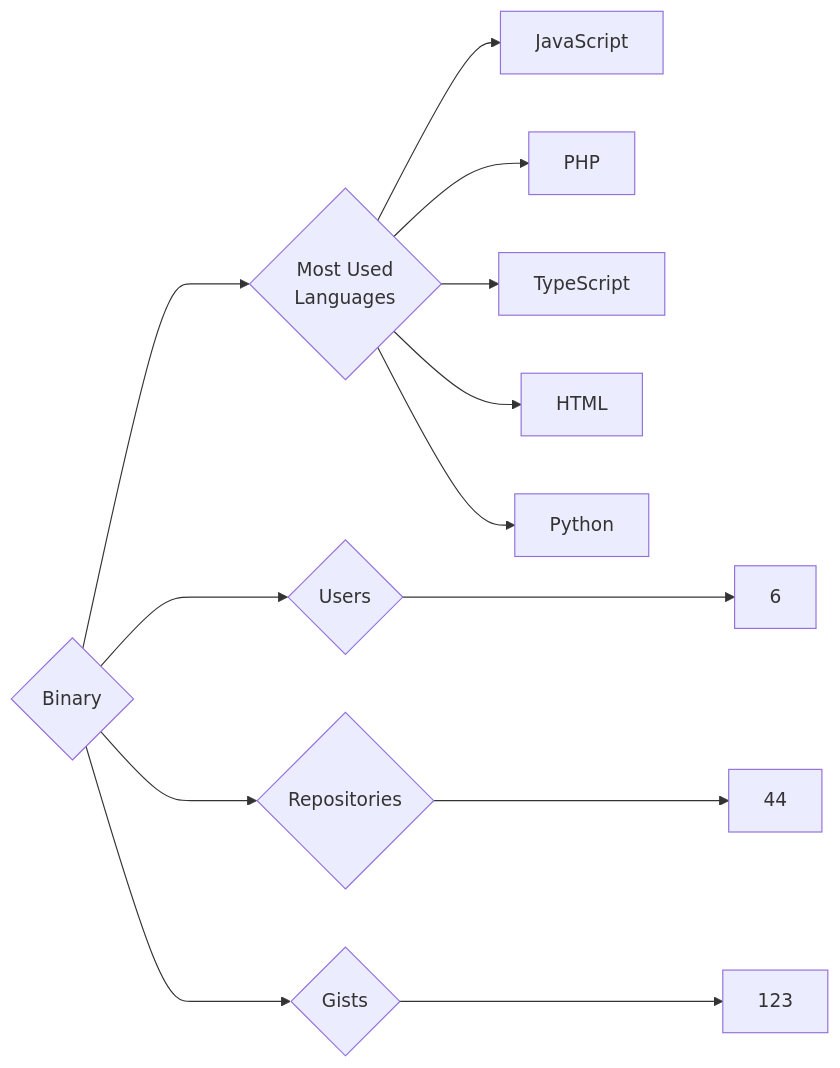
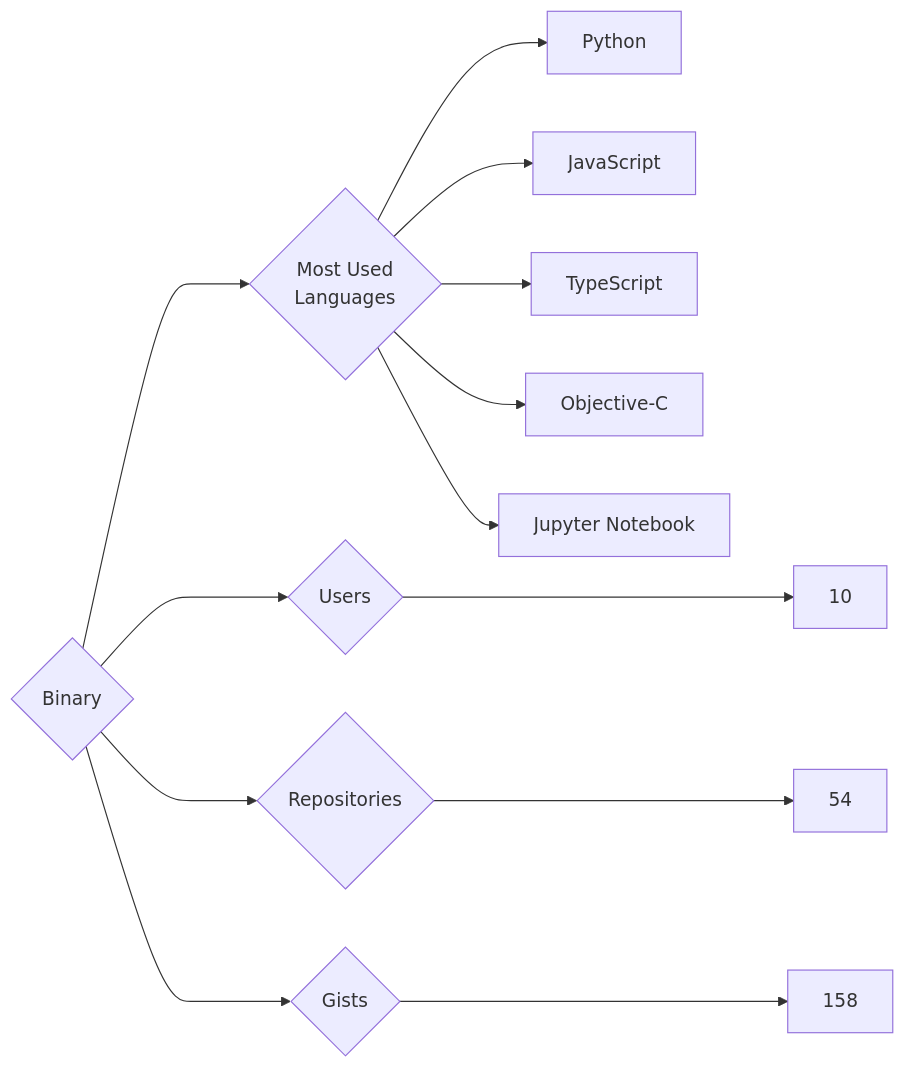
The diagram in targets/Binary/README.md (trickest/insiders), drawn with Mermaid before and after one commit. The commit also changed 1007 other files, not shown here.

````diff
--- a/targets/Binary/README.md
+++ b/targets/Binary/README.md
@@ -3,13 +3,13 @@
 ```mermaid
 graph LR
 COMPANY_NAME{Binary}
-COMPANY_NAME ---> U{Users} ---> UN[6]
-COMPANY_NAME ---> R{Repositories} ---> RN[44]
-COMPANY_NAME ---> G{Gists} ---> GN[123]
+COMPANY_NAME ---> U{Users} ---> UN[10]
+COMPANY_NAME ---> R{Repositories} ---> RN[54]
+COMPANY_NAME ---> G{Gists} ---> GN[158]
 COMPANY_NAME ---> ML{Most Used<br>Languages}
+ML --> Python[Python]
 ML --> JavaScript[JavaScript]
-ML --> PHP[PHP]
 ML --> TypeScript[TypeScript]
-ML --> HTML[HTML]
-ML --> Python[Python]
+ML --> Objective-C[Objective-C]
+ML --> Jupyter_Notebook[Jupyter Notebook]
 ```
````
